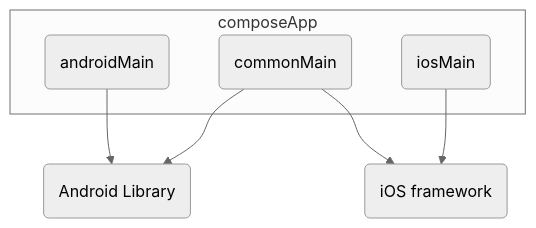
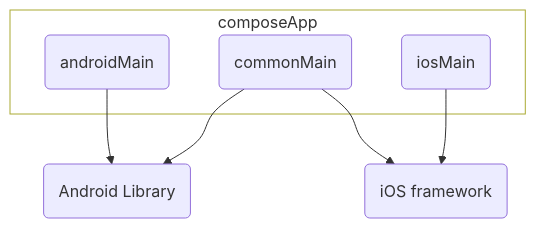
Before and after one commit to Smart-Health-LLC/pit: the diagram in README.md, drawn with Mermaid.

Commit message:
:memo: chore: update readme

````diff
--- a/README.md
+++ b/README.md
@@ -24,20 +24,25 @@
 ```mermaid
 %%{
   init: {
-    'theme': 'neutral'
+    'theme': 'neutral',
+    'flowchart': { 
+        'curve': 'natural',
+    },
   }
 }%%
 
 flowchart TB
   subgraph composeApp
     AndroidMain(androidMain)
     Common(commonMain)
     iosMain(iosMain)
   end
 
+  style composeApp fill:transparent, 
+
   AndroidMain(androidMain) --> NativeAndroid(Android Library)
   Common(commonMain) --> NativeAndroid(Android Library)
 
   Common(commonMain) --> iOSFramework(iOS framework)
   iosMain(iosMain) --> iOSFramework(iOS framework)
 ```
````
